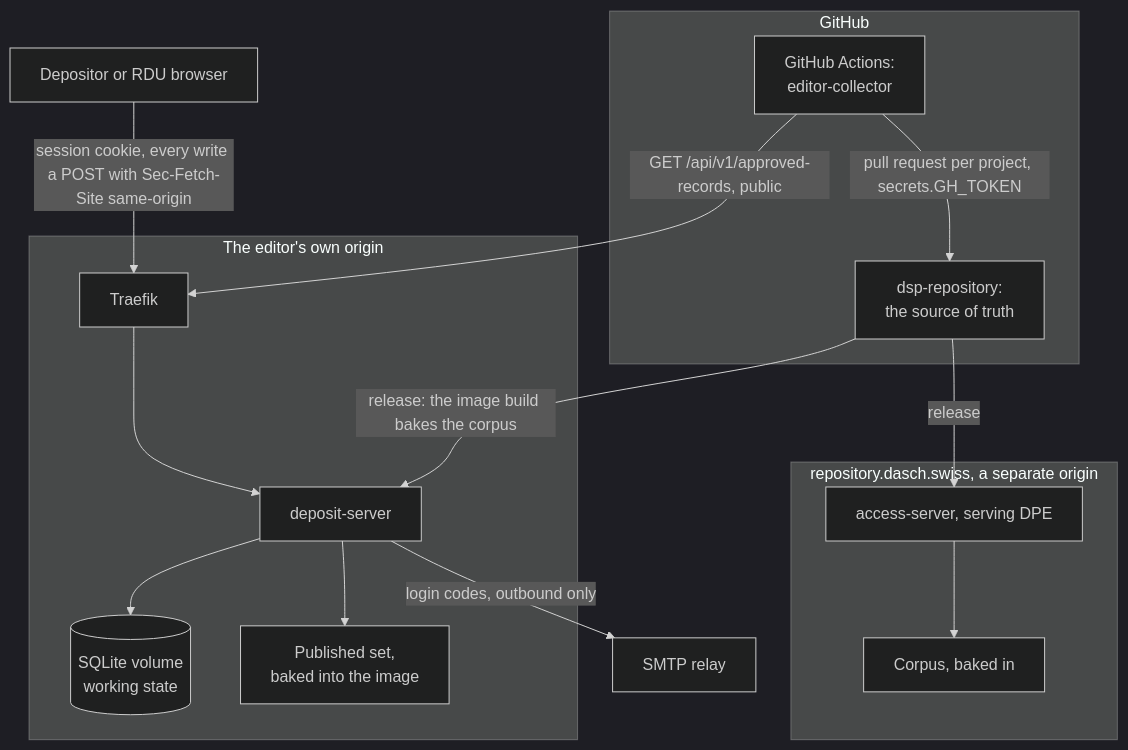
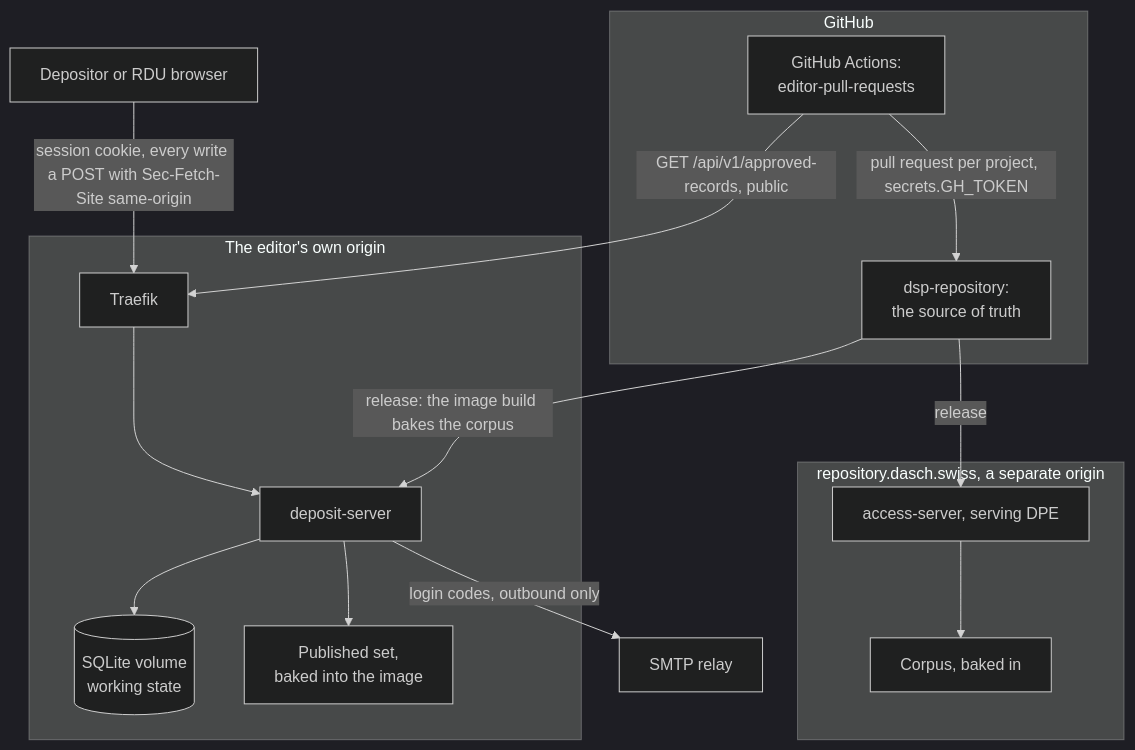
Before and after one commit to dasch-swiss/dsp-repository: the second of 2 diagrams in docs/src/editor/architecture.md, drawn with Mermaid (dark theme). The commit also changed other lines of this file and 62 other files, not shown here.

First line of the commit message:
feat(editor-web,editor-pull-requests): replace the collection vocabulary with pull requests and approved records

````diff
--- a/docs/src/editor/architecture.md
+++ b/docs/src/editor/architecture.md
@@ -55,23 +55,23 @@
 ```mermaid
 flowchart TB
   B[Depositor or RDU browser]
   subgraph EO[The editor's own origin]
     T[Traefik] --> S[deposit-server]
     S --> DB[(SQLite volume<br/>working state)]
     S --> PS[Published set,<br/>baked into the image]
   end
   subgraph DO[repository.dasch.swiss, a separate origin]
     DPE[access-server, serving DPE] --> Corpus[Corpus, baked in]
   end
   subgraph GH[GitHub]
     Repo[dsp-repository:<br/>the source of truth]
-    Act[GitHub Actions:<br/>editor-collector]
+    Act[GitHub Actions:<br/>editor-pull-requests]
   end
   SMTP[SMTP relay]
   B -->|session cookie, every write a POST with Sec-Fetch-Site same-origin| T
   S -->|login codes, outbound only| SMTP
   Act -->|GET /api/v1/approved-records, public| T
   Act -->|pull request per project, secrets.GH_TOKEN| Repo
   Repo -->|release: the image build bakes the corpus| S
   Repo -->|release| DPE
 ```
````
